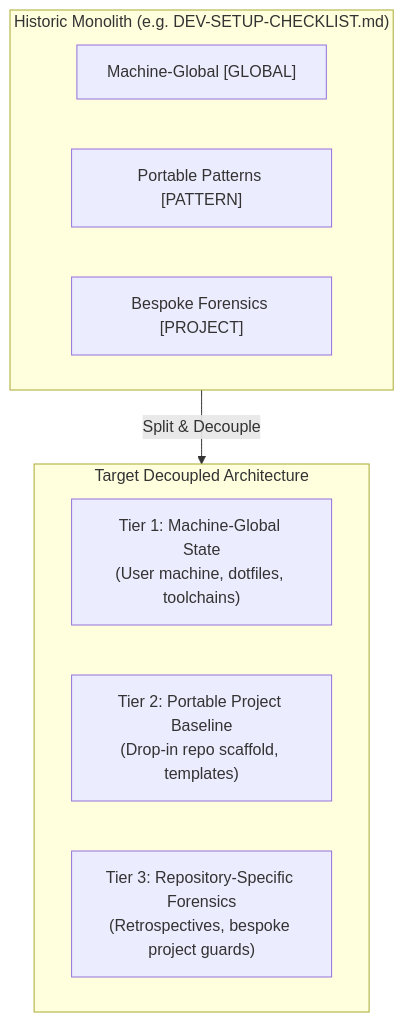
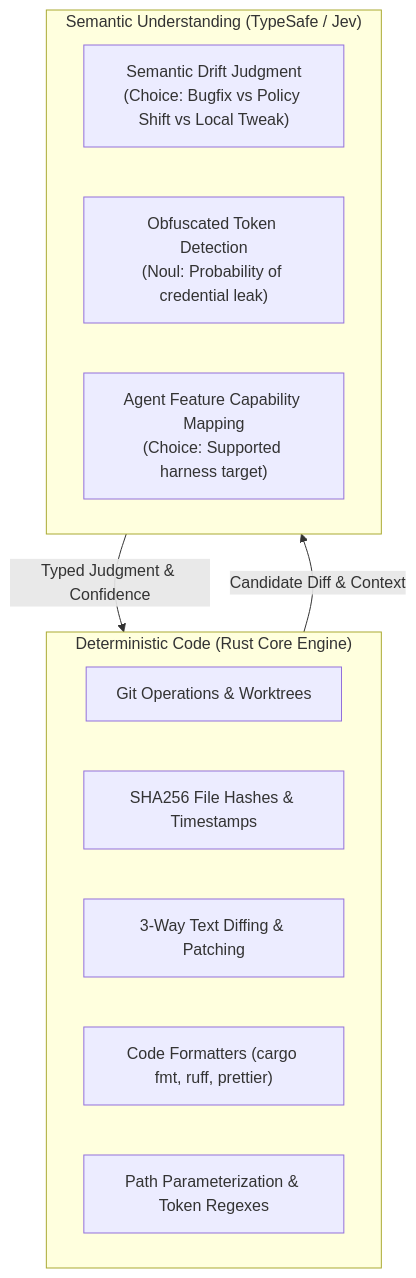
One commit to denniyahh/universal-dev-env changed the third of 3 diagrams in docs/ARCHITECTURE.md. Above: the diagram before and after it, drawn with Mermaid. The commit also changed other lines of this file and 2 other files, not shown here.

````diff
--- a/docs/ARCHITECTURE.md
+++ b/docs/ARCHITECTURE.md
@@ -7,16 +92,19 @@
 ```mermaid
-graph TD
-    subgraph Monolith["Historic Monolith (e.g. DEV-SETUP-CHECKLIST.md)"]
-        G["Machine-Global [GLOBAL]"]
-        P["Portable Patterns [PATTERN]"]
-        F["Bespoke Forensics [PROJECT]"]
+flowchart TD
+    subgraph Deterministic["Deterministic Code (Rust Core Engine)"]
+        GitOps["Git Operations & Worktrees"]
+        Hash["SHA256 File Hashes & Timestamps"]
+        Diff["3-Way Text Diffing & Patching"]
+        Format["Code Formatters (cargo fmt, ruff, prettier)"]
+        Scrub["Path Parameterization & Token Regexes"]
     end
 
-    subgraph TargetArchitecture["Target Decoupled Architecture"]
-        T1["Tier 1: Machine-Global State<br/>(User machine, dotfiles, toolchains)"]
-        T2["Tier 2: Portable Project Baseline<br/>(Drop-in repo scaffold, templates)"]
-        T3["Tier 3: Repository-Specific Forensics<br/>(Retrospectives, bespoke project guards)"]
+    subgraph SystemOne["Semantic Understanding (TypeSafe / Jev)"]
+        DriftType["Semantic Drift Judgment<br/>(Choice: Bugfix vs Policy Shift vs Local Tweak)"]
+        SecretClass["Obfuscated Token Detection<br/>(Noul: Probability of credential leak)"]
+        AgentRoute["Agent Feature Capability Mapping<br/>(Choice: Supported harness target)"]
     end
 
-    Monolith -->|Split & Decouple| TargetArchitecture
+    Deterministic -->|Candidate Diff & Context| SystemOne
+    SystemOne -->|Typed Judgment & Confidence| Deterministic
 ```
````
